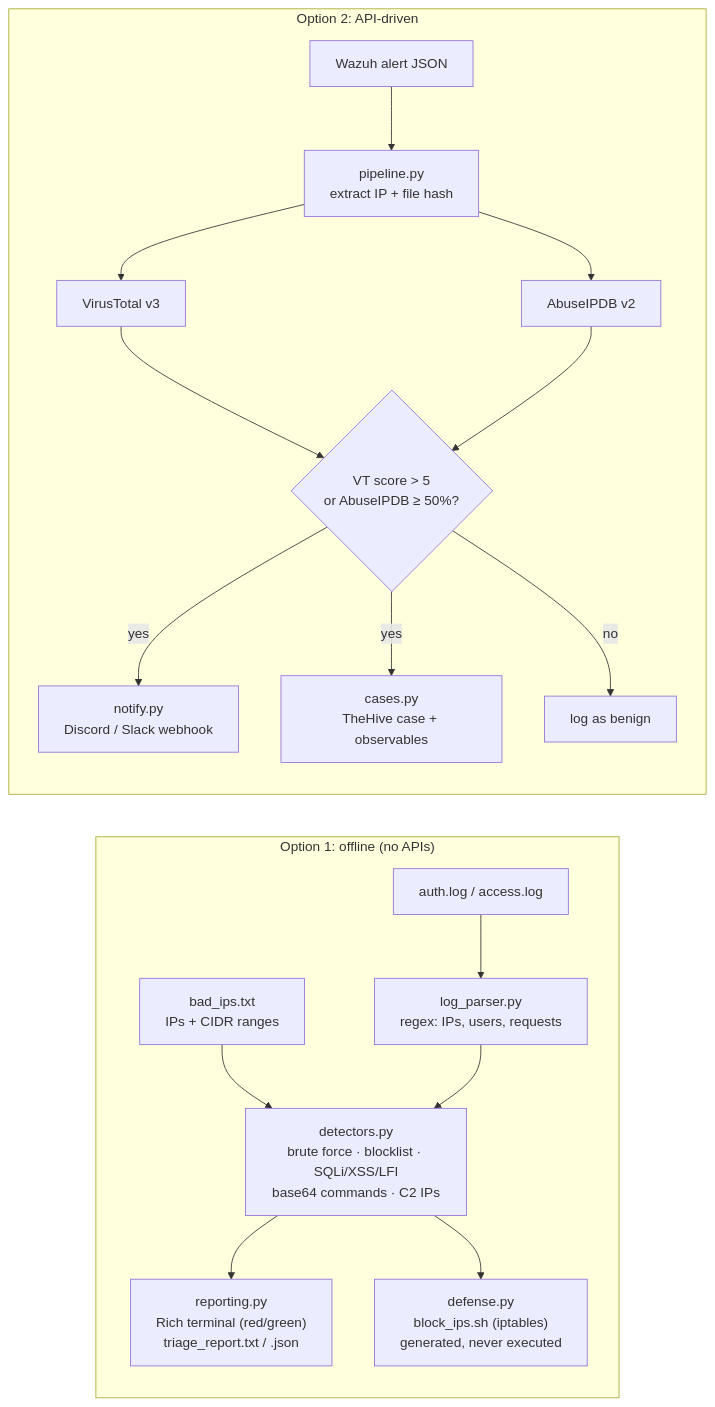
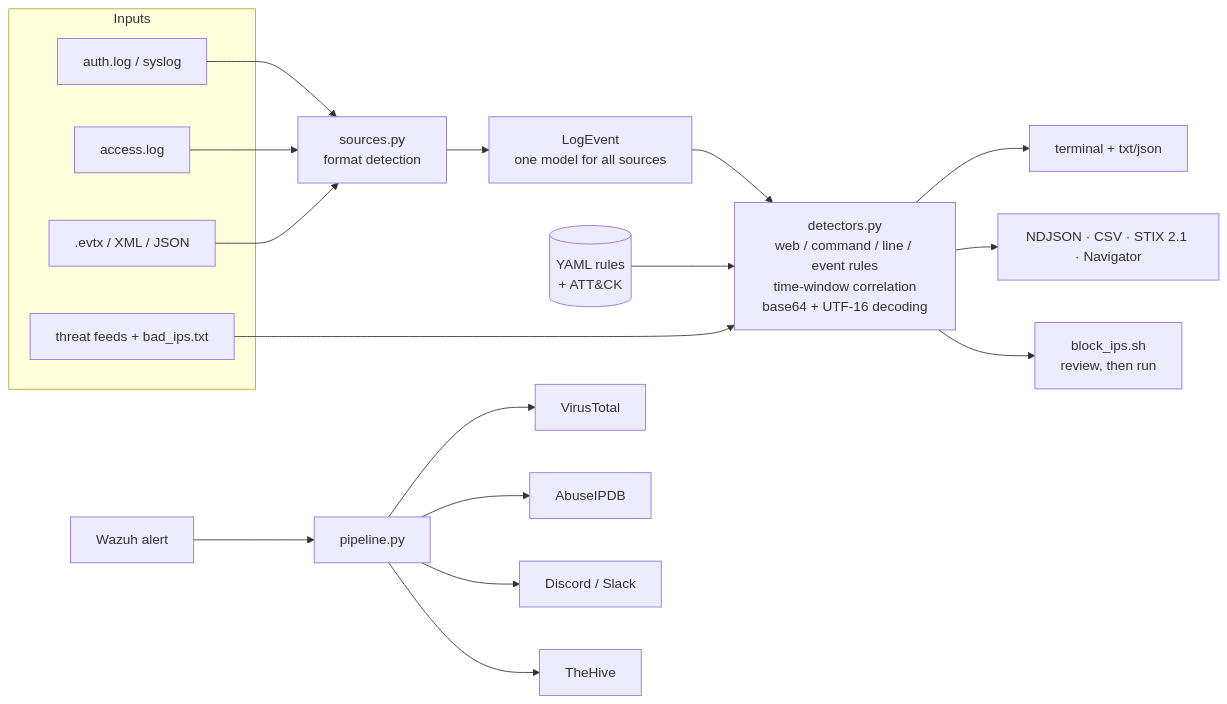
The diagram in README.md (vinitrami-Soc/owltriage), drawn with Mermaid before and after one commit. The commit also changed other lines of this file and 76 other files, not shown here.

````diff
--- a/README.md
+++ b/README.md
@@ -30,21 +123,20 @@
 ```mermaid
 flowchart LR
-    subgraph O1["Option 1: offline (no APIs)"]
-        L["auth.log / access.log"] --> P["log_parser.py<br/>regex: IPs, users, requests"]
-        B["bad_ips.txt<br/>IPs + CIDR ranges"] --> D
-        P --> D["detectors.py<br/>brute force · blocklist · SQLi/XSS/LFI<br/>base64 commands · C2 IPs"]
-        D --> R1["reporting.py<br/>Rich terminal (red/green)<br/>triage_report.txt / .json"]
-        D --> F["defense.py<br/>block_ips.sh (iptables)<br/>generated, never executed"]
+    subgraph IN[Inputs]
+        A[auth.log / syslog]
+        W[access.log]
+        E[.evtx / XML / JSON]
+        F[threat feeds + bad_ips.txt]
     end
+    A & W & E --> S[sources.py<br/>format detection]
+    S --> EV[LogEvent<br/>one model for all sources]
+    R[(YAML rules<br/>+ ATT&CK)] --> D
+    F --> D
+    EV --> D[detectors.py<br/>web / command / line / event rules<br/>time-window correlation<br/>base64 + UTF-16 decoding]
+    D --> O1[terminal + txt/json]
+    D --> O2[NDJSON · CSV · STIX 2.1 · Navigator]
+    D --> O3[block_ips.sh<br/>review, then run]
 
-    subgraph O2["Option 2: API-driven"]
-        A["Wazuh alert JSON"] --> X["pipeline.py<br/>extract IP + file hash"]
-        X --> VT["VirusTotal v3"]
-        X --> AB["AbuseIPDB v2"]
-        VT --> V{"VT score > 5<br/>or AbuseIPDB ≥ 50%?"}
-        AB --> V
-        V -- yes --> N["notify.py<br/>Discord / Slack webhook"]
-        V -- yes --> C["cases.py<br/>TheHive case + observables"]
-        V -- no --> Q["log as benign"]
-    end
+    WZ[Wazuh alert] --> P[pipeline.py] --> VT[VirusTotal] & AB[AbuseIPDB]
+    P --> CH[Discord / Slack] & TH[TheHive]
 ```
````
